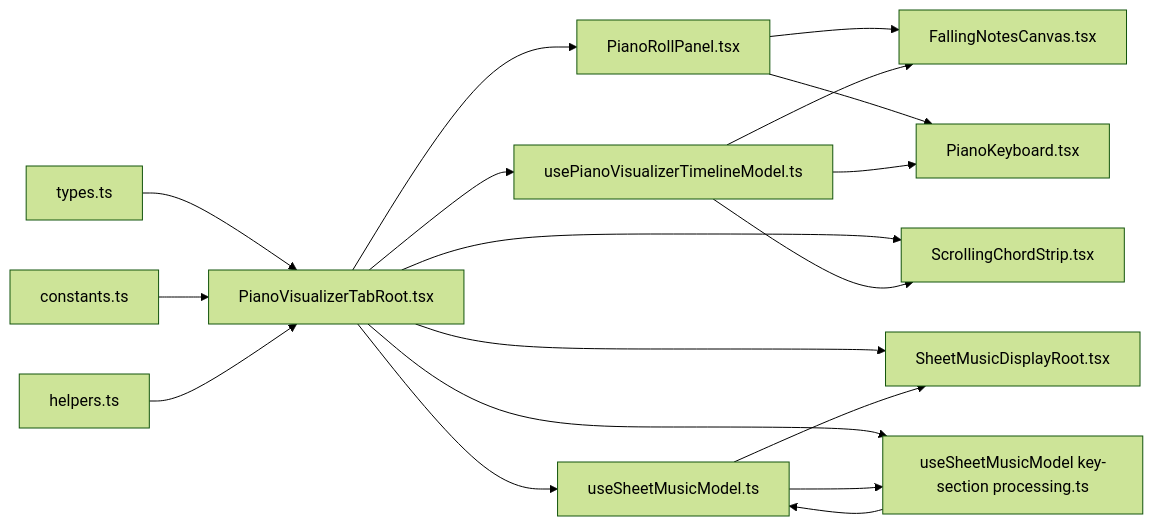
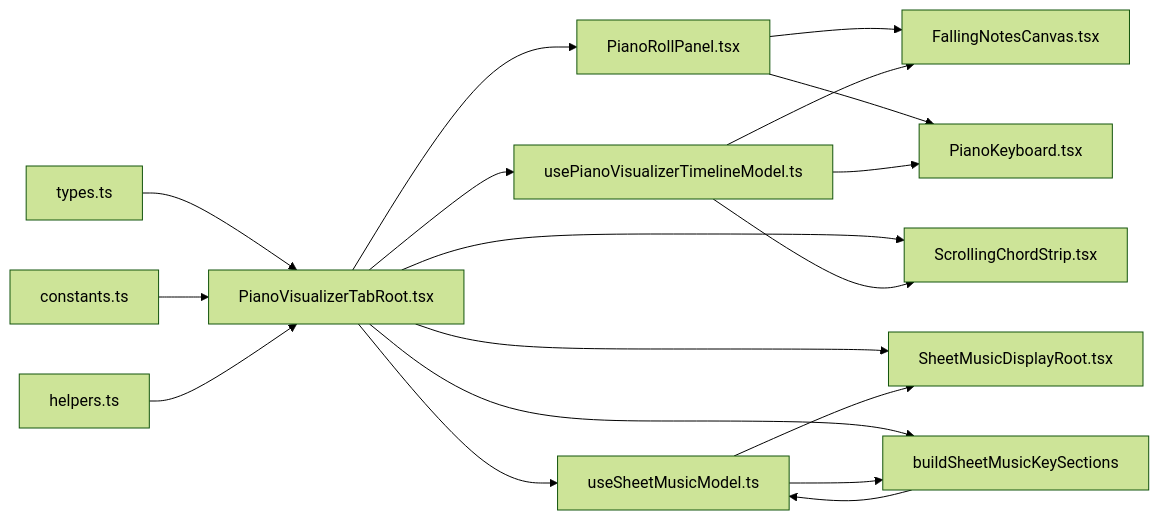
Before and after one commit to ptnghia-j/ChordMiniApp: the fourth of 4 diagrams in .qoder/repowiki/en/content/Frontend Application/Component Library and UI System/Piano Visualizer Components.md, drawn with Mermaid (forest theme). The commit also changed other lines of this file and 9 other files, not shown here.

````diff
--- a/.qoder/repowiki/en/content/Frontend Application/Component Library and UI System/Piano Visualizer Components.md
+++ b/.qoder/repowiki/en/content/Frontend Application/Component Library and UI System/Piano Visualizer Components.md
@@ -286,20 +298,20 @@
 ```mermaid
 graph LR
 Types["types.ts"] --> PVTab["PianoVisualizerTabRoot.tsx"]
 Consts["constants.ts"] --> PVTab
 Helpers["helpers.ts"] --> PVTab
 PVTab --> Timeline["usePianoVisualizerTimelineModel.ts"]
 PVTab --> Sheet["useSheetMusicModel.ts"]
-PVTab --> KeyUtil["useSheetMusicModel key-section processing.ts"]
+PVTab --> KeyUtil["buildSheetMusicKeySections"]
 PVTab --> Panel["PianoRollPanel.tsx"]
 Panel --> Canvas["FallingNotesCanvas.tsx"]
 Panel --> Keyboard["PianoKeyboard.tsx"]
 PVTab --> Strip["ScrollingChordStrip.tsx"]
 PVTab --> SheetDisplay["SheetMusicDisplayRoot.tsx"]
 Timeline --> Canvas
 Timeline --> Keyboard
 Timeline --> Strip
 Sheet --> SheetDisplay
 Sheet --> KeyUtil
 KeyUtil --> Sheet
 ```
````
